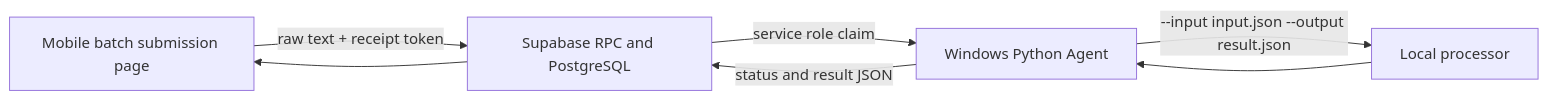
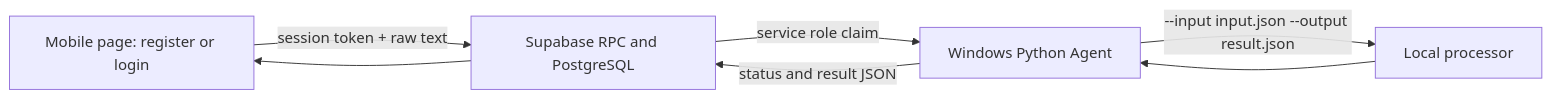
One commit to WZQ522/welearn-remote changed the diagram in remote-system/README.md. Above: the diagram before and after it, drawn with Mermaid. The commit also changed other lines of this file and 11 other files, not shown here.

````diff
--- a/remote-system/README.md
+++ b/remote-system/README.md
@@ -5,9 +5,9 @@
 ```mermaid
 flowchart LR
-    P["Mobile batch submission page"] -->|"raw text + receipt token"| S["Supabase RPC and PostgreSQL"]
+    P["Mobile page: register or login"] -->|"session token + raw text"| S["Supabase RPC and PostgreSQL"]
     S -->|"service role claim"| A["Windows Python Agent"]
     A -->|"--input input.json --output result.json"| X["Local processor"]
     X --> A
     A -->|"status and result JSON"| S
     S --> P
 ```
````
